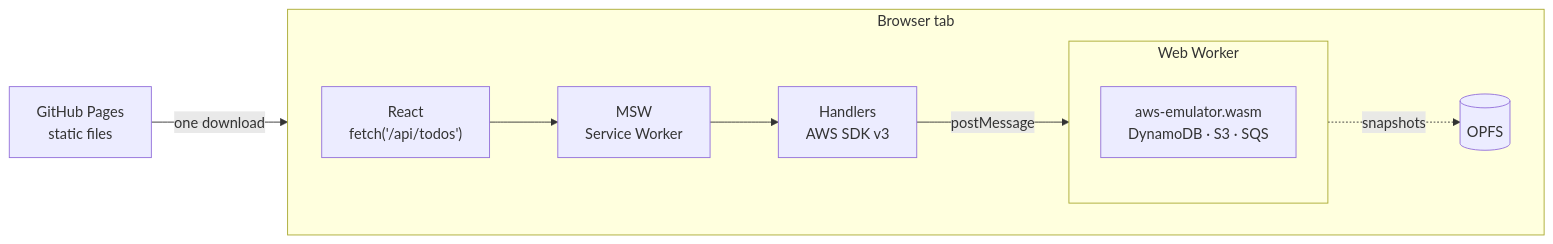
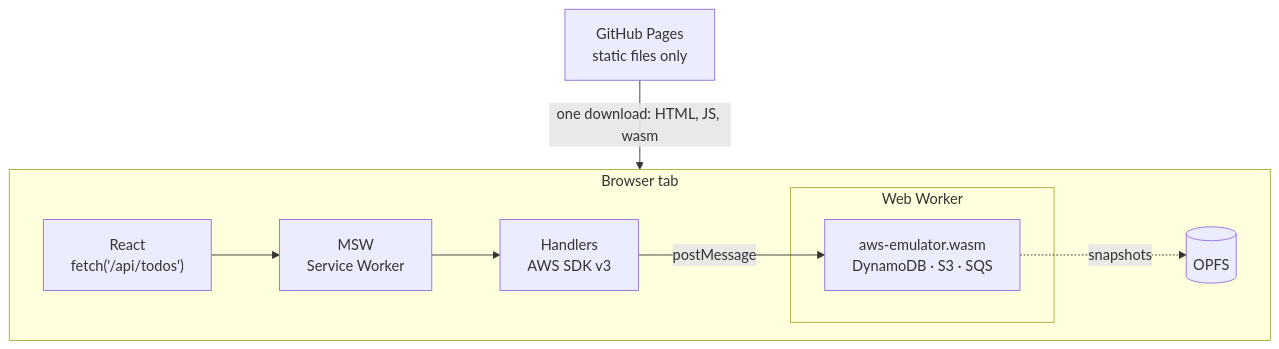
One commit to daisuke-awaji/aws-emulator-wasm changed the diagram in README.md. Above: the diagram before and after it, drawn with Mermaid. The commit also changed other lines of this file, not shown here.

Commit message:
README: taller architecture flow, table headers

````diff
--- a/README.md
+++ b/README.md
@@ -102,15 +102,14 @@
 ```mermaid
-flowchart LR
+flowchart TB
+  P["GitHub Pages<br/>static files only"] -- "one download: HTML, JS, wasm" --> UI
   subgraph tab["Browser tab"]
     direction LR
     UI["React<br/>fetch('/api/todos')"] --> SW["MSW<br/>Service Worker"]
     SW --> H["Handlers<br/>AWS SDK v3"]
-    H -- "postMessage" --> W
+    H -- "postMessage" --> E
     subgraph W["Web Worker"]
-      direction TB
       E["aws-emulator.wasm<br/>DynamoDB · S3 · SQS"]
     end
-    W -. "snapshots" .-> O[("OPFS")]
+    E -. "snapshots" .-> O[("OPFS")]
   end
-  P["GitHub Pages<br/>static files"] -- "one download" --> tab
 ```
````
